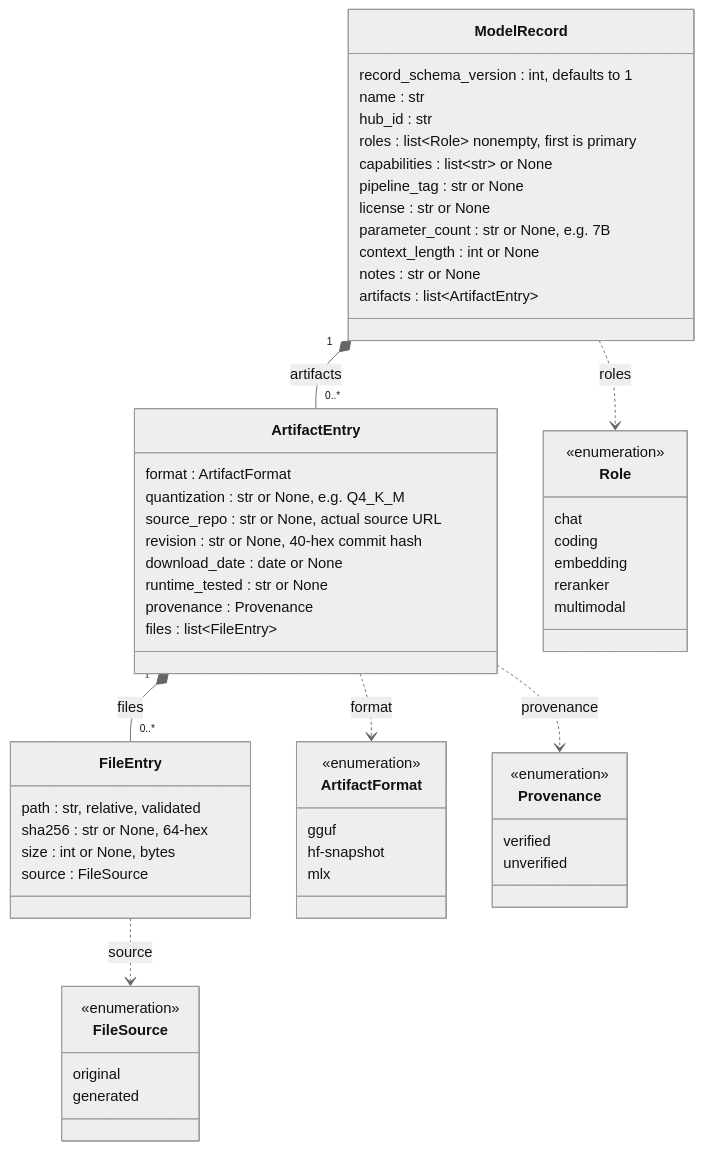
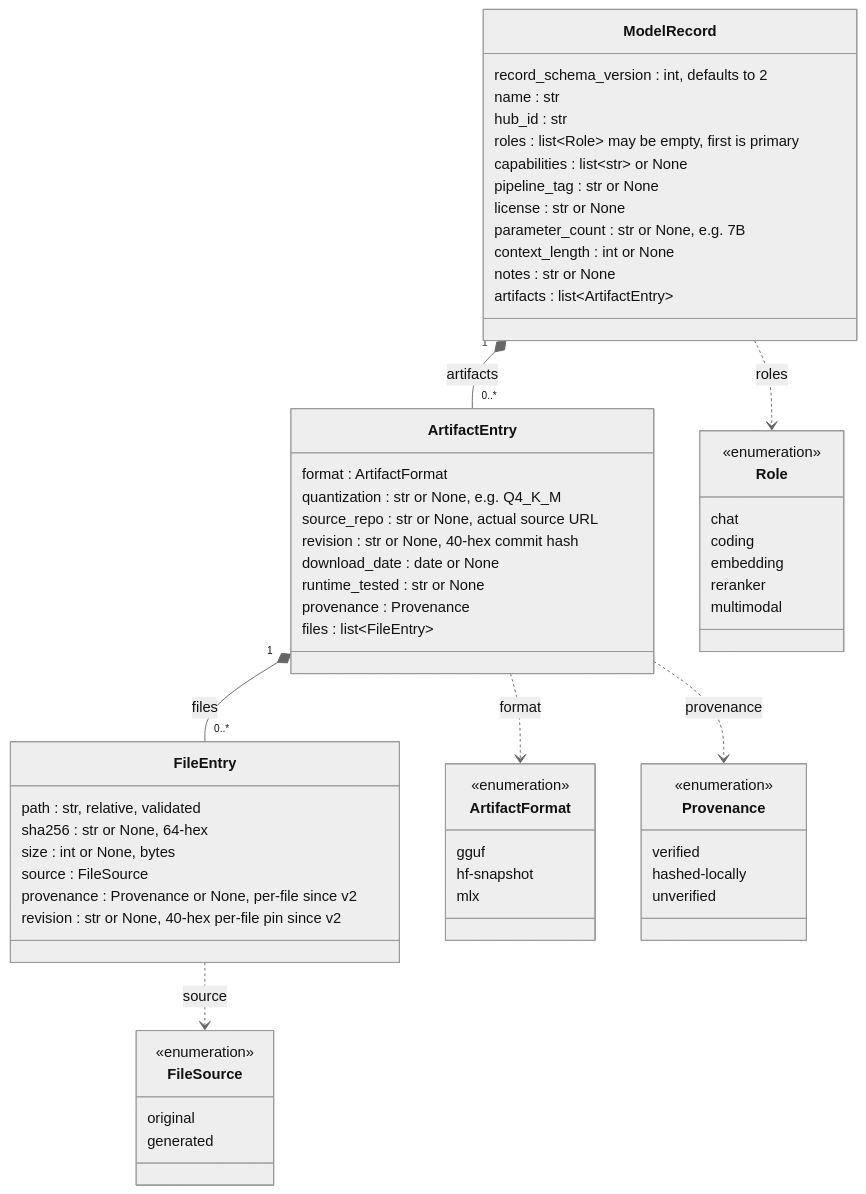
Before and after one commit to bbirkinbine/llm-preserver: the second of 5 diagrams in docs/data-structures.md, drawn with Mermaid (neutral theme). The commit also changed other lines of this file and 1 other file, not shown here.

First line of the commit message:
Sync data-structures and cli docs with schema v2 and remove

````diff
--- a/docs/data-structures.md
+++ b/docs/data-structures.md
@@ -81,69 +82,72 @@
 ```mermaid
 classDiagram
     class ModelRecord {
-        record_schema_version : int, defaults to 1
+        record_schema_version : int, defaults to 2
         name : str
         hub_id : str
-        roles : list~Role~ nonempty, first is primary
+        roles : list~Role~ may be empty, first is primary
         capabilities : list~str~ or None
         pipeline_tag : str or None
         license : str or None
         parameter_count : str or None, e.g. 7B
         context_length : int or None
         notes : str or None
         artifacts : list~ArtifactEntry~
     }
 
     class ArtifactEntry {
         format : ArtifactFormat
         quantization : str or None, e.g. Q4_K_M
         source_repo : str or None, actual source URL
         revision : str or None, 40-hex commit hash
         download_date : date or None
         runtime_tested : str or None
         provenance : Provenance
         files : list~FileEntry~
     }
 
     class FileEntry {
         path : str, relative, validated
         sha256 : str or None, 64-hex
         size : int or None, bytes
         source : FileSource
+        provenance : Provenance or None, per-file since v2
+        revision : str or None, 40-hex per-file pin since v2
     }
 
     class Role {
         <<enumeration>>
         chat
         coding
         embedding
         reranker
         multimodal
     }
 
     class ArtifactFormat {
         <<enumeration>>
         gguf
         hf-snapshot
         mlx
     }
 
     class Provenance {
         <<enumeration>>
         verified
+        hashed-locally
         unverified
     }
 
     class FileSource {
         <<enumeration>>
         original
         generated
     }
 
     ModelRecord "1" *-- "0..*" ArtifactEntry : artifacts
     ArtifactEntry "1" *-- "0..*" FileEntry : files
     ModelRecord ..> Role : roles
     ArtifactEntry ..> ArtifactFormat : format
     ArtifactEntry ..> Provenance : provenance
     FileEntry ..> FileSource : source
 ```
````
